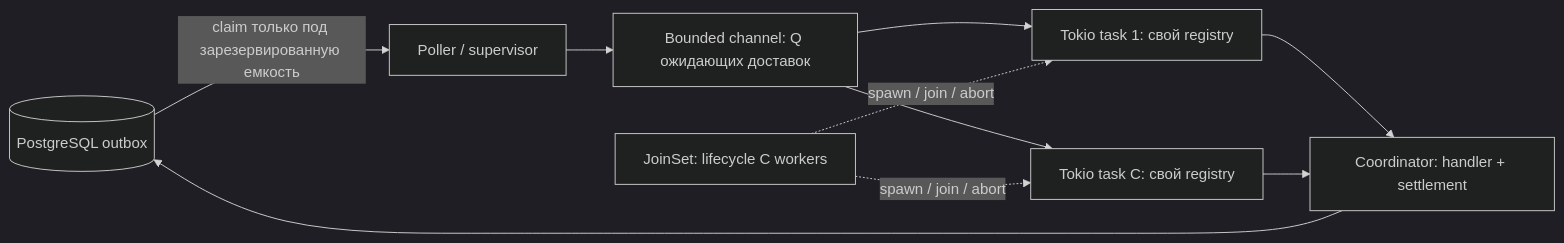
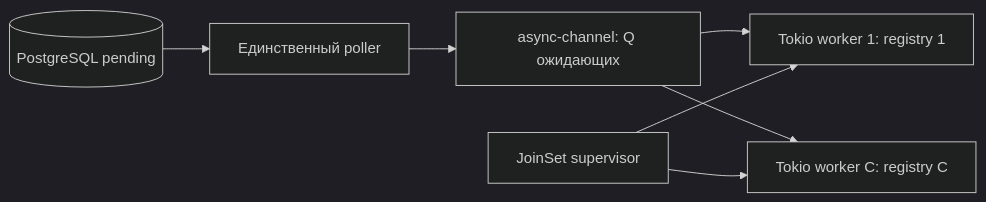
Before and after one commit to akozel/account-management-service: the diagram in doc/backlog/cqrs_runtime_join_set_workers.md, drawn with Mermaid (dark theme). The commit also changed other lines of this file and 19 other files, not shown here.

````diff
--- a/doc/backlog/cqrs_runtime_join_set_workers.md
+++ b/doc/backlog/cqrs_runtime_join_set_workers.md
@@ -67,12 +24,9 @@
 ```mermaid
 flowchart LR
-    DB[(PostgreSQL outbox)] -->|claim только под зарезервированную емкость| P[Poller / supervisor]
-    P --> B[Bounded channel: Q ожидающих доставок]
-    B --> W1[Tokio task 1: свой registry]
-    B --> WC[Tokio task C: свой registry]
-    J[JoinSet: lifecycle C workers] -. spawn / join / abort .-> W1
-    J -. spawn / join / abort .-> WC
-    W1 --> E[Coordinator: handler + settlement]
-    WC --> E
-    E --> DB
+    DB[(PostgreSQL pending)] --> P[Единственный poller]
+    P --> Q[async-channel: Q ожидающих]
+    Q --> W1[Tokio worker 1: registry 1]
+    Q --> WC[Tokio worker C: registry C]
+    J[JoinSet supervisor] --> W1
+    J --> WC
 ```
````
